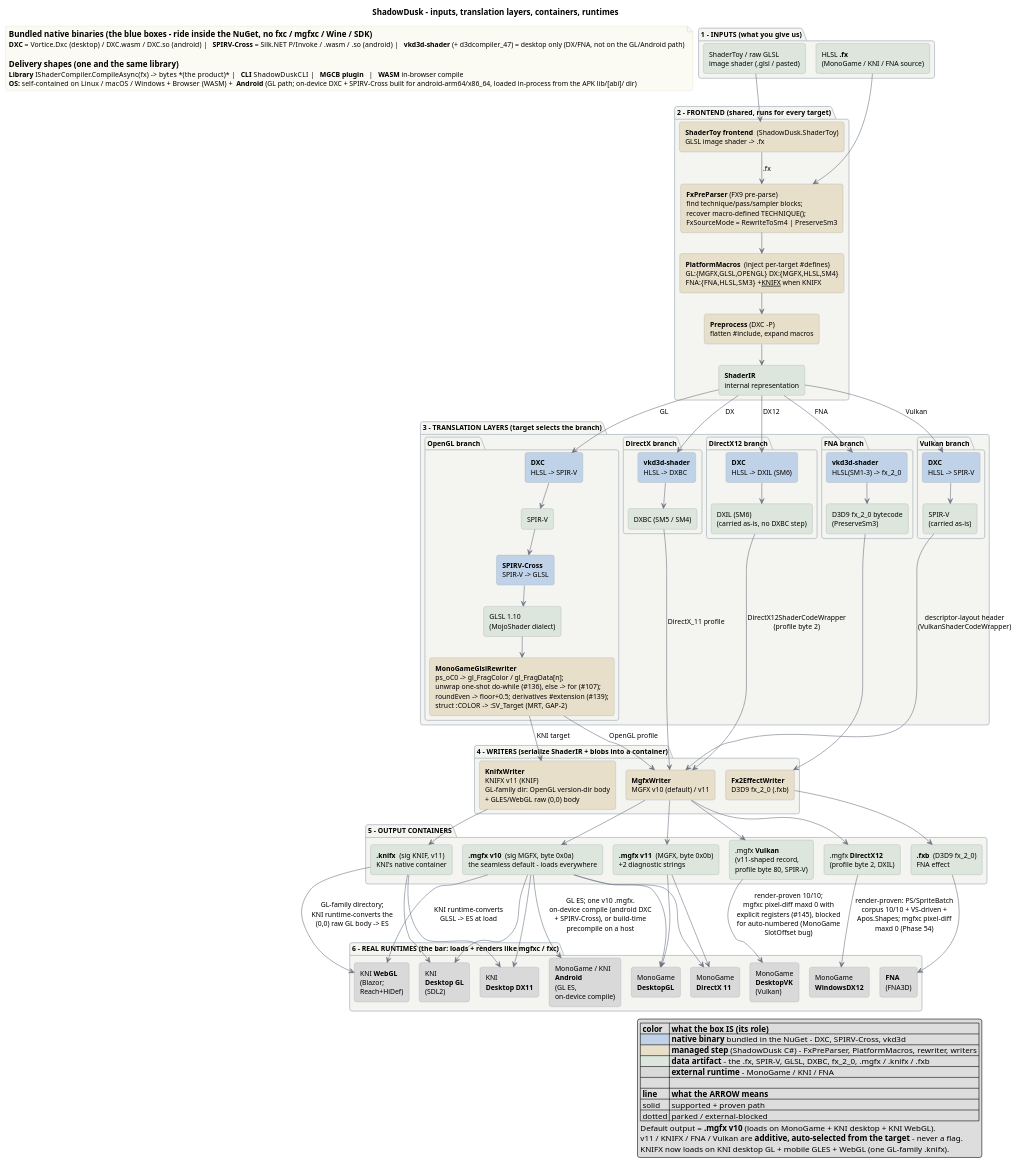
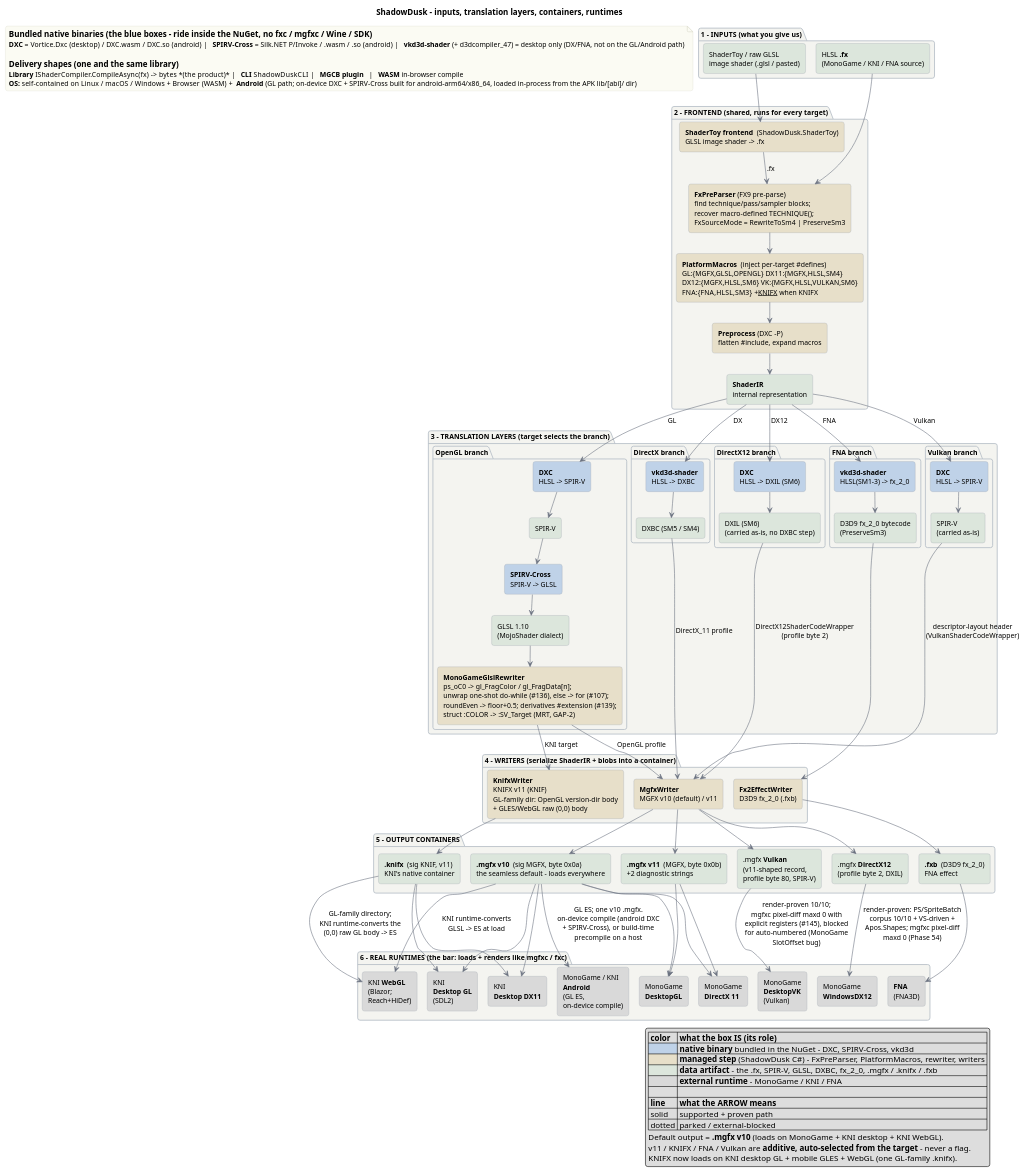
Before and after one commit to kaltinril/ShadowDusk: the diagram in docs/pipeline-overview.puml, drawn with PlantUML. The commit also changed 58 other files, not shown here.

```diff
--- a/docs/pipeline-overview.puml
+++ b/docs/pipeline-overview.puml
@@ -1,188 +1,188 @@
 @startuml pipeline-overview
 !pragma layout smetana
 ' ShadowDusk - full compile pipeline: inputs -> frontend -> per-target backends ->
 ' writers -> containers -> real runtimes (and the OS / delivery shapes).
 ' Render: VS Code PlantUML extension (Alt+D), or `plantuml docs/pipeline-overview.puml`.
 ' Uses Smetana layout so it renders without Graphviz; install Graphviz + drop the
 ' !pragma line above for a tidier `dot` layout.
 '
 ' COLOR = ROLE of the box (see the legend), consistent across every layer:
 '   #BFD2E8 blue  = bundled NATIVE binary (DXC / SPIRV-Cross / vkd3d)
 '   #E7DFC9 tan   = ShadowDusk MANAGED step (our C#: parser, macros, rewriter, writers)
 '   #DCE6DC sage  = DATA artifact (the bytes between steps + the input/output files)
 '   #D9D9D9 gray  = EXTERNAL runtime (MonoGame / KNI / FNA)
 ' Package boxes just group by pipeline LAYER and are kept neutral so the role colors read.
 
 title ShadowDusk - inputs, translation layers, containers, runtimes
 
 skinparam shadowing false
 skinparam roundCorner 8
 skinparam ArrowColor #6b7280
 skinparam defaultFontName "Segoe UI"
 skinparam defaultFontSize 12
 skinparam rectangle {
   BorderColor #9aa3ad
 }
 skinparam package {
   BackgroundColor #F4F4F0
   BorderColor #b8c0c8
   FontStyle bold
 }
 skinparam note {
   BackgroundColor #FBFBF3
   BorderColor #d8d8c8
 }
 
 ' ===== 1. INPUTS =====
 package "1 - INPUTS  (what you give us)" {
   rectangle "HLSL **.fx**\n(MonoGame / KNI / FNA source)" as FX #DCE6DC
   rectangle "ShaderToy / raw GLSL\nimage shader (.glsl / pasted)" as GLSLIN #DCE6DC
 }
 
 ' ===== 2. FRONTEND (shared) =====
 package "2 - FRONTEND  (shared, runs for every target)" {
   rectangle "**ShaderToy frontend**  (ShadowDusk.ShaderToy)\nGLSL image shader -> .fx" as STOY #E7DFC9
   rectangle "**FxPreParser** (FX9 pre-parse)\nfind technique/pass/sampler blocks;\nrecover macro-defined TECHNIQUE();\nFxSourceMode = RewriteToSm4 | PreserveSm3" as PRE #E7DFC9
-  rectangle "**PlatformMacros**  (inject per-target #defines)\nGL:{MGFX,GLSL,OPENGL}  DX:{MGFX,HLSL,SM4}\nFNA:{FNA,HLSL,SM3}   +__KNIFX__ when KNIFX" as MAC #E7DFC9
+  rectangle "**PlatformMacros**  (inject per-target #defines)\nGL:{MGFX,GLSL,OPENGL}  DX11:{MGFX,HLSL,SM4}\nDX12:{MGFX,HLSL,SM6}  VK:{MGFX,HLSL,VULKAN,SM6}\nFNA:{FNA,HLSL,SM3}   +__KNIFX__ when KNIFX" as MAC #E7DFC9
   rectangle "**Preprocess** (DXC -P)\nflatten #include, expand macros" as PP #E7DFC9
   rectangle "**ShaderIR**\ninternal representation" as IR #DCE6DC
 }
 
 ' ===== 3. TRANSLATION LAYERS (tools inlined per branch) =====
 package "3 - TRANSLATION LAYERS  (target selects the branch)" {
 
   package "OpenGL branch" {
     rectangle "**DXC**\nHLSL -> SPIR-V" as GL_DXC #BFD2E8
     rectangle "SPIR-V" as GL_SPV #DCE6DC
     rectangle "**SPIRV-Cross**\nSPIR-V -> GLSL" as GL_SPVC #BFD2E8
     rectangle "GLSL 1.10\n(MojoShader dialect)" as GL_GLSL #DCE6DC
     rectangle "**MonoGameGlslRewriter**\nps_oC0 -> gl_FragColor / gl_FragData[n];\nunwrap one-shot do-while (#136), else -> for (#107);\nroundEven -> floor+0.5; derivatives #extension (#139);\nstruct :COLOR -> :SV_Target (MRT, GAP-2)" as GL_RW #E7DFC9
     GL_DXC -down-> GL_SPV
     GL_SPV -down-> GL_SPVC
     GL_SPVC -down-> GL_GLSL
     GL_GLSL -down-> GL_RW
   }
 
   package "DirectX branch" {
     rectangle "**vkd3d-shader**\nHLSL -> DXBC" as DX_VKD #BFD2E8
     rectangle "DXBC (SM5 / SM4)" as DX_DXBC #DCE6DC
     DX_VKD -down-> DX_DXBC
   }
 
   package "DirectX12 branch" {
     rectangle "**DXC**\nHLSL -> DXIL (SM6)" as DX12_DXC #BFD2E8
     rectangle "DXIL (SM6)\n(carried as-is, no DXBC step)" as DX12_DXIL #DCE6DC
     DX12_DXC -down-> DX12_DXIL
   }
 
   package "FNA branch" {
     rectangle "**vkd3d-shader**\nHLSL(SM1-3) -> fx_2_0" as FNA_VKD #BFD2E8
     rectangle "D3D9 fx_2_0 bytecode\n(PreserveSm3)" as FNA_FX2 #DCE6DC
     FNA_VKD -down-> FNA_FX2
   }
 
   package "Vulkan branch" {
     rectangle "**DXC**\nHLSL -> SPIR-V" as VK_DXC #BFD2E8
     rectangle "SPIR-V\n(carried as-is)" as VK_SPV #DCE6DC
     VK_DXC -down-> VK_SPV
   }
 }
 
 ' ===== 4. WRITERS =====
 package "4 - WRITERS  (serialize ShaderIR + blobs into a container)" {
   rectangle "**MgfxWriter**\nMGFX v10 (default) / v11" as MGW #E7DFC9
   rectangle "**KnifxWriter**\nKNIFX v11 (KNIF)\nGL-family dir: OpenGL version-dir body\n+ GLES/WebGL raw (0,0) body" as KNW #E7DFC9
   rectangle "**Fx2EffectWriter**\nD3D9 fx_2_0 (.fxb)" as FXW #E7DFC9
 }
 
 ' ===== 5. OUTPUT CONTAINERS =====
 package "5 - OUTPUT CONTAINERS" {
   rectangle "**.mgfx v10**  (sig MGFX, byte 0x0a)\nthe seamless default - loads everywhere" as O_MGFX10 #DCE6DC
   rectangle "**.mgfx v11**  (MGFX, byte 0x0b)\n+2 diagnostic strings" as O_MGFX11 #DCE6DC
   rectangle "**.knifx**  (sig KNIF, v11)\nKNI's native container" as O_KNIFX #DCE6DC
   rectangle "**.fxb**  (D3D9 fx_2_0)\nFNA effect" as O_FXB #DCE6DC
   rectangle ".mgfx **Vulkan**\n(v11-shaped record,\nprofile byte 80, SPIR-V)" as O_MGFXVK #DCE6DC
   rectangle ".mgfx **DirectX12**\n(profile byte 2, DXIL)" as O_MGFXDX12 #DCE6DC
 }
 
 ' ===== 6. REAL RUNTIMES =====
 package "6 - REAL RUNTIMES  (the bar: loads + renders like mgfxc / fxc)" {
   rectangle "KNI **WebGL**\n(Blazor;\nReach+HiDef)" as R_KNIWEB #D9D9D9
   rectangle "KNI\n**Desktop GL**\n(SDL2)" as R_KNIGL #D9D9D9
   rectangle "KNI\n**Desktop DX11**" as R_KNIDX #D9D9D9
   rectangle "MonoGame\n**DesktopGL**" as R_MGGL #D9D9D9
   rectangle "MonoGame\n**DirectX 11**" as R_MGDX #D9D9D9
   rectangle "MonoGame\n**WindowsDX12**" as R_MGDX12 #D9D9D9
   rectangle "MonoGame\n**DesktopVK**\n(Vulkan)" as R_MGVK #D9D9D9
   rectangle "**FNA**\n(FNA3D)" as R_FNA #D9D9D9
   rectangle "MonoGame / KNI\n**Android**\n(GL ES,\non-device compile)" as R_ANDROID #D9D9D9
 }
 
 ' ===== FLOWS =====
 GLSLIN --> STOY
 STOY --> PRE : ".fx"
 FX --> PRE
 PRE --> MAC
 MAC --> PP
 PP --> IR
 
 IR --> GL_DXC : "GL"
 IR --> DX_VKD : "DX"
 IR --> DX12_DXC : "DX12"
 IR --> FNA_VKD : "FNA"
 IR --> VK_DXC : "Vulkan"
 
 GL_RW --> MGW : "OpenGL profile"
 GL_RW --> KNW : "KNI target"
 DX_DXBC --> MGW : "DirectX_11 profile"
 DX12_DXIL --> MGW : "DirectX12ShaderCodeWrapper\n(profile byte 2)"
 FNA_FX2 --> FXW
 VK_SPV --> MGW : "descriptor-layout header\n(VulkanShaderCodeWrapper)"
 
 MGW --> O_MGFX10
 MGW --> O_MGFX11
 MGW --> O_MGFXVK
 MGW --> O_MGFXDX12
 KNW --> O_KNIFX
 FXW --> O_FXB
 
 O_MGFX10 --> R_MGGL
 O_MGFX10 --> R_MGDX
 O_MGFX10 --> R_KNIGL
 O_MGFX10 --> R_KNIDX
 O_MGFX10 --> R_KNIWEB : "KNI runtime-converts\nGLSL -> ES at load"
 O_MGFX11 --> R_MGGL
 O_MGFX11 --> R_MGDX
 O_KNIFX --> R_KNIGL
 O_KNIFX --> R_KNIDX
 O_KNIFX --> R_KNIWEB : "GL-family directory;\nKNI runtime-converts the\n(0,0) raw GL body -> ES"
 O_FXB --> R_FNA
 O_MGFXVK --> R_MGVK : "render-proven 10/10;\nmgfxc pixel-diff maxd 0 with\nexplicit registers (#145), blocked\nfor auto-numbered (MonoGame\nSlotOffset bug)"
 O_MGFXDX12 --> R_MGDX12 : "render-proven: PS/SpriteBatch\ncorpus 10/10 + VS-driven +\nApos.Shapes; mgfxc pixel-diff\nmaxd 0 (Phase 54)"
 O_MGFX10 --> R_ANDROID : "GL ES; one v10 .mgfx.\non-device compile (android DXC\n+ SPIRV-Cross), or build-time\nprecompile on a host"
 
 note as N1
 == Bundled native binaries (the blue boxes - ride inside the NuGet, no fxc / mgfxc / Wine / SDK)
 **DXC** = Vortice.Dxc (desktop) / DXC.wasm / DXC.so (android)   |   **SPIRV-Cross** = Silk.NET P/Invoke / .wasm / .so (android)   |   **vkd3d-shader** (+ d3dcompiler_47) = desktop only (DX/FNA, not on the GL/Android path)
 
 == Delivery shapes (one and the same library)
 **Library** IShaderCompiler.CompileAsync(fx) -> bytes  *(the product)*   |   **CLI** ShadowDuskCLI   |   **MGCB plugin**   |   **WASM** in-browser compile
 **OS:** self-contained on Linux / macOS / Windows  +  Browser (WASM)  +  **Android** (GL path; on-device DXC + SPIRV-Cross built for android-arm64/x86_64, loaded in-process from the APK lib/[abi]/ dir)
 end note
 
 legend right
   |= color |= what the box IS (its role) |
   |<#BFD2E8>          | **native binary** bundled in the NuGet - DXC, SPIRV-Cross, vkd3d |
   |<#E7DFC9>          | **managed step** (ShadowDusk C#) - FxPreParser, PlatformMacros, rewriter, writers |
   |<#DCE6DC>          | **data artifact** - the .fx, SPIR-V, GLSL, DXBC, fx_2_0, .mgfx / .knifx / .fxb |
   |<#D9D9D9>          | **external runtime** - MonoGame / KNI / FNA |
   |          |          |
   |= line |= what the ARROW means |
   | solid | supported + proven path |
   | dotted | parked / external-blocked |
   Default output = **.mgfx v10** (loads on MonoGame + KNI desktop + KNI WebGL).
   v11 / KNIFX / FNA / Vulkan are **additive, auto-selected from the target** - never a flag.
   KNIFX now loads on KNI desktop GL + mobile GLES + WebGL (one GL-family .knifx).
 endlegend
 
 @enduml
```
